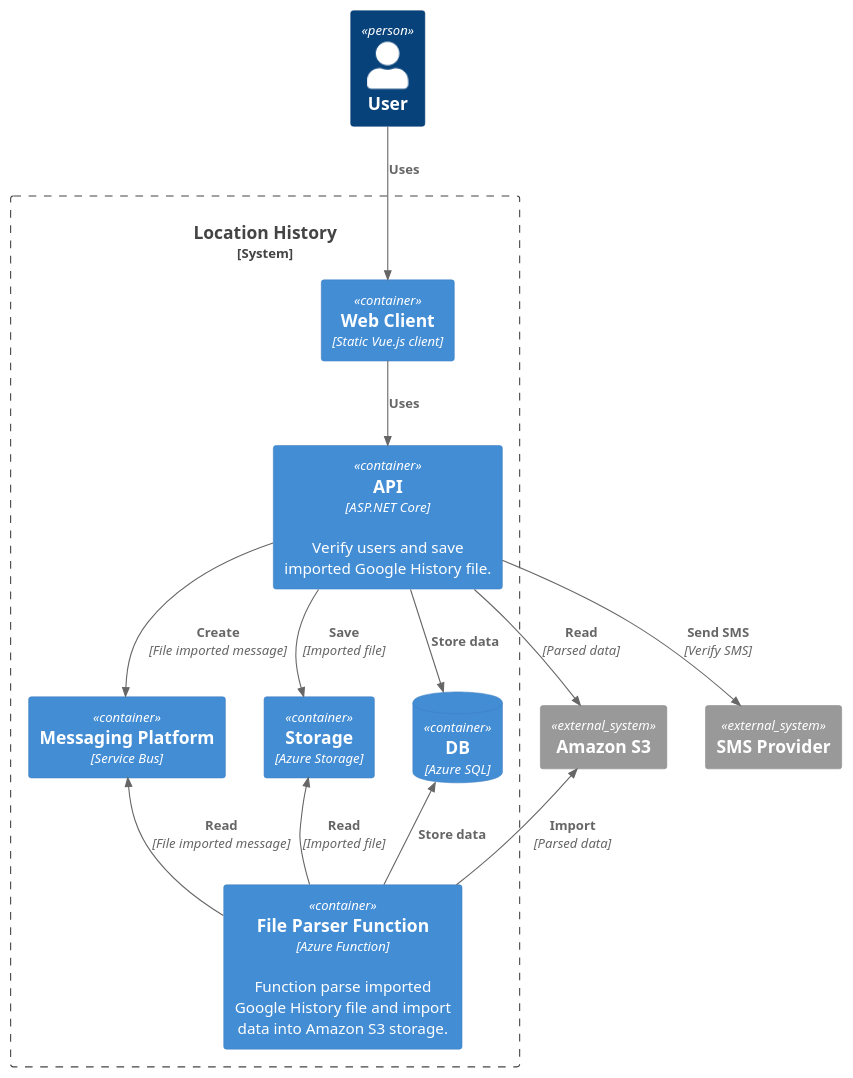
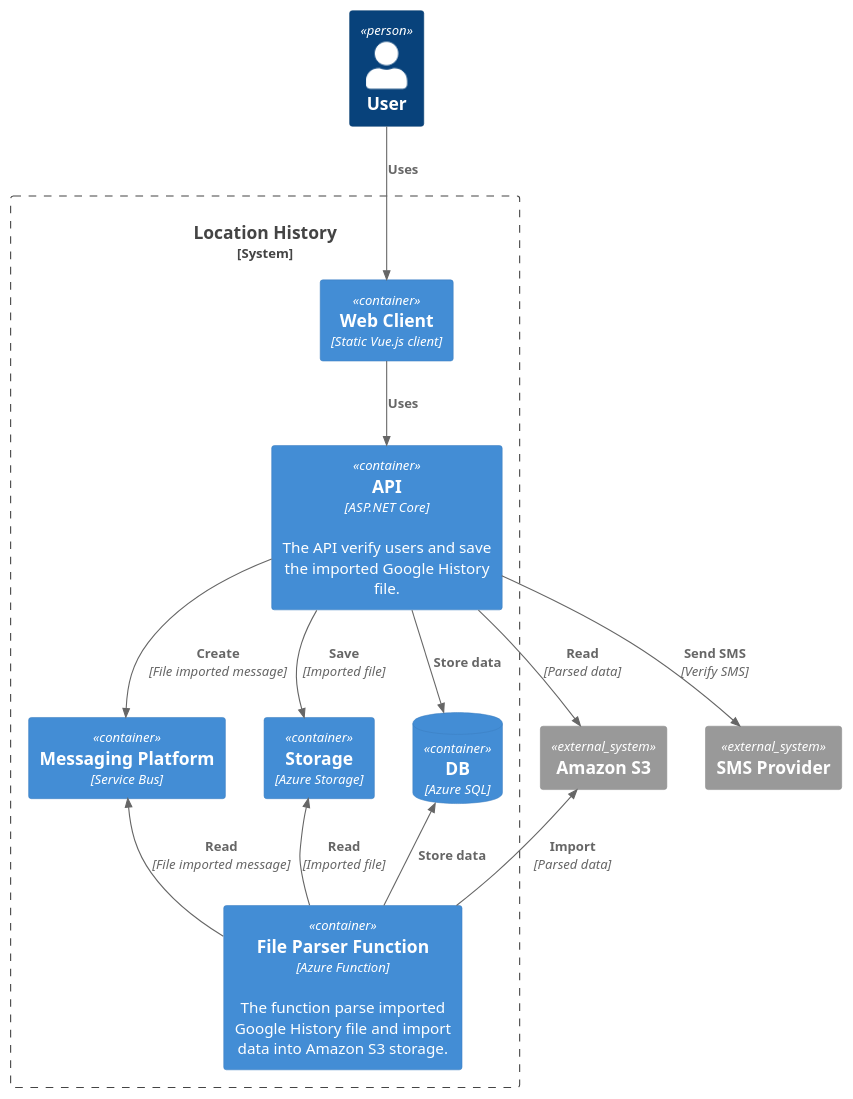
The diagram in diagrams/diagram.puml (tomasjurasek/location-history-app), drawn with PlantUML before and after one commit.

```diff
--- a/diagrams/diagram.puml
+++ b/diagrams/diagram.puml
@@ -1,31 +1,31 @@
 @startuml Basic Sample
 !includeurl https://raw.githubusercontent.com/RicardoNiepel/C4-PlantUML/release/1-0/C4_Container.puml
 
 Person(user, "User")
 System_Boundary(c1, "Location History") {
-    Container(web_api, "API","ASP.NET Core", "Verify users and save imported Google History file.")
+    Container(web_api, "API","ASP.NET Core", "The API verify users and save the imported Google History file.")
     Container(web_client, "Web Client", "Static Vue.js client")
     Container(service_bus, "Messaging Platform", "Service Bus")
-    Container(serverless, "File Parser Function", "Azure Function", "Function parse imported Google History file and import data into Amazon S3 storage.")
+    Container(serverless, "File Parser Function", "Azure Function", "The function parse imported Google History file and import data into Amazon S3 storage.")
     Container(storage, "Storage", "Azure Storage")
     ContainerDb(db, "DB", "Azure SQL")
 }
 
 System_Ext(sms, "SMS Provider")
 System_Ext(amazon, "Amazon S3")
 
 Rel(user, web_client, "Uses")
 Rel(web_client,web_api, "Uses")
 
 Rel(web_api,db, "Store data")
 Rel(web_api,sms, "Send SMS", "Verify SMS")
 Rel(web_api,storage, "Save", "Imported file")
 Rel(web_api,service_bus, "Create", "File imported message")
 Rel(web_api,amazon, "Read", "Parsed data")
 
 Rel_U(serverless,db, "Store data")
 Rel_U(serverless,amazon, "Import", "Parsed data")
 Rel_U(serverless,storage, "Read", "Imported file")
 Rel_U(serverless,service_bus, "Read", "File imported message")
 
 @enduml
```
